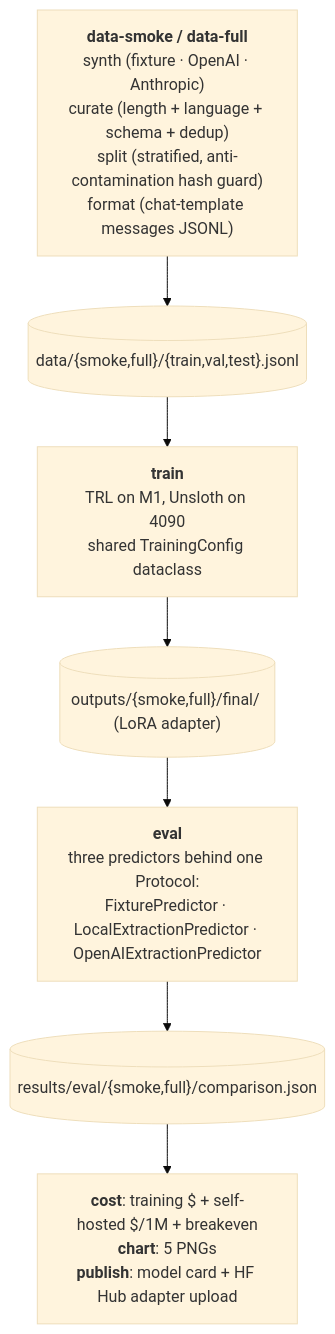
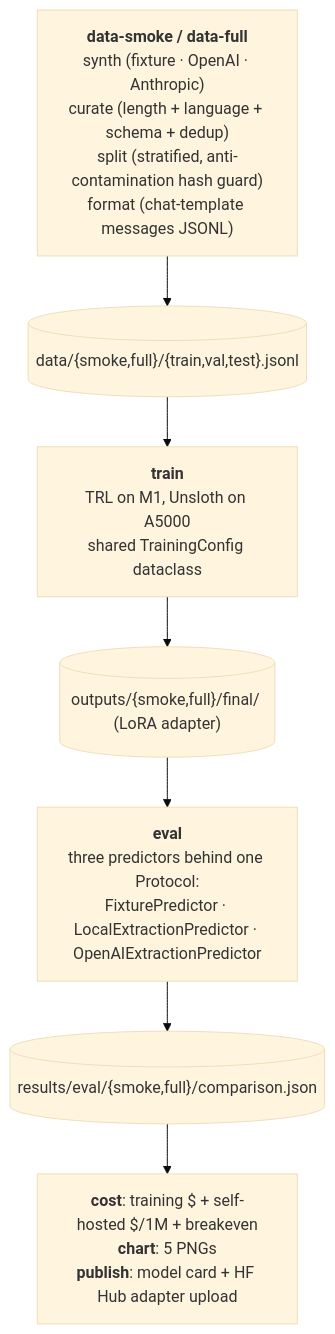
Before and after one commit to feRpicoral/anvil: the diagram in README.md, drawn with Mermaid (base theme). The commit also changed other lines of this file and 21 other files, not shown here.

````diff
--- a/README.md
+++ b/README.md
@@ -70,12 +70,12 @@
 ```mermaid
 flowchart TD
     Data["<b>data-smoke / data-full</b><br/>synth (fixture · OpenAI · Anthropic)<br/>curate (length + language + schema + dedup)<br/>split (stratified, anti-contamination hash guard)<br/>format (chat-template messages JSONL)"]
     DataOut[("data/{smoke,full}/{train,val,test}.jsonl")]
-    Train["<b>train</b><br/>TRL on M1, Unsloth on 4090<br/>shared TrainingConfig dataclass"]
+    Train["<b>train</b><br/>TRL on M1, Unsloth on A5000<br/>shared TrainingConfig dataclass"]
     TrainOut[("outputs/{smoke,full}/final/ (LoRA adapter)")]
     Eval["<b>eval</b><br/>three predictors behind one Protocol:<br/>FixturePredictor · LocalExtractionPredictor · OpenAIExtractionPredictor"]
     EvalOut[("results/eval/{smoke,full}/comparison.json")]
     Final["<b>cost</b>: training $ + self-hosted $/1M + breakeven<br/><b>chart</b>: 5 PNGs<br/><b>publish</b>: model card + HF Hub adapter upload"]
 
     Data --> DataOut --> Train --> TrainOut --> Eval --> EvalOut --> Final
 ```
````
